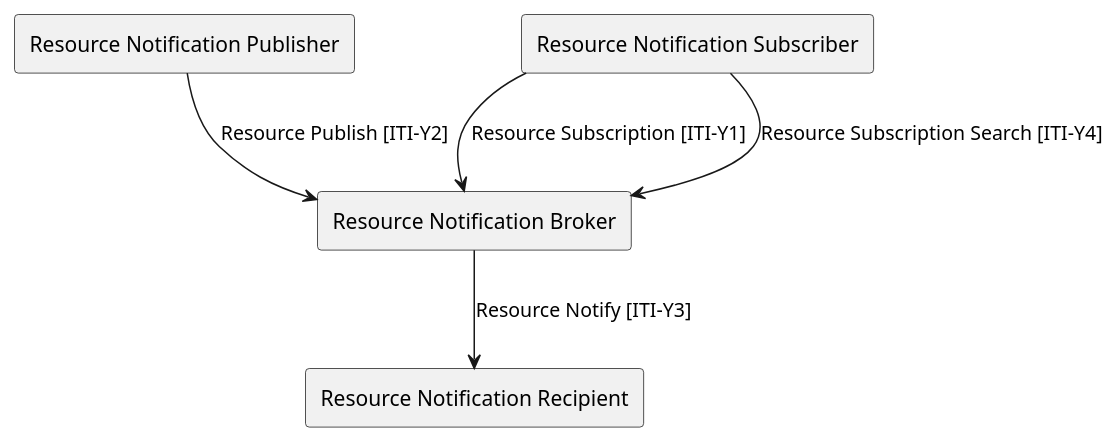
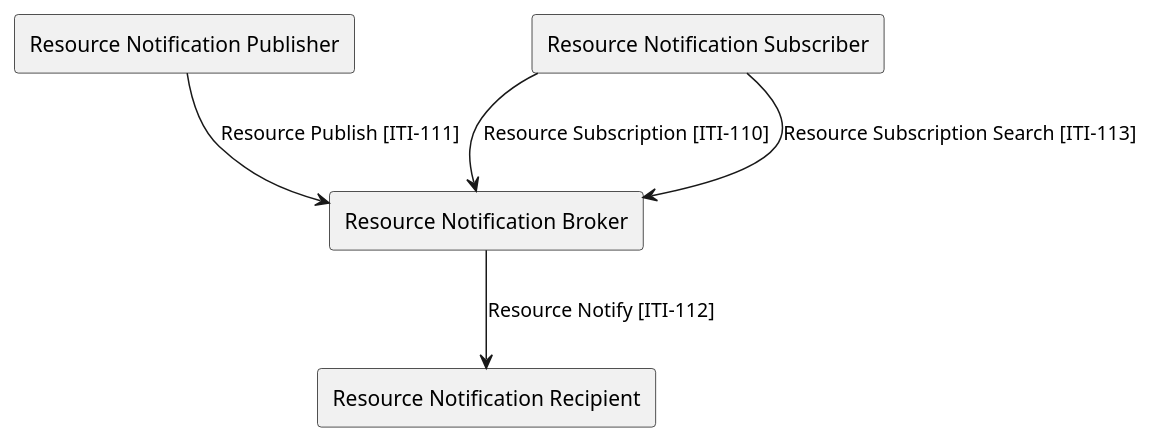
One commit to IHE/ITI.DSUBm changed the diagram in input/images-source/ActorsAndTransactions.plantuml. Above: the diagram before and after it, drawn with PlantUML. The commit also changed 13 other files, not shown here.

```diff
--- a/input/images-source/ActorsAndTransactions.plantuml
+++ b/input/images-source/ActorsAndTransactions.plantuml
@@ -1,10 +1,10 @@
 @startuml
 agent "Resource Notification Publisher" as Publisher
 agent "Resource Notification Broker" as Broker
 agent "Resource Notification Subscriber" as Subscriber
 agent "Resource Notification Recipient" as Recipient
-Publisher --> Broker : "Resource Publish [ITI-Y2]"
-Subscriber --> Broker : "Resource Subscription [ITI-Y1]"
-Subscriber --> Broker : "Resource Subscription Search [ITI-Y4]"
-Broker --> Recipient : "Resource Notify [ITI-Y3]"
+Publisher --> Broker : "Resource Publish [ITI-111]"
+Subscriber --> Broker : "Resource Subscription [ITI-110]"
+Subscriber --> Broker : "Resource Subscription Search [ITI-113]"
+Broker --> Recipient : "Resource Notify [ITI-112]"
 @enduml
```
